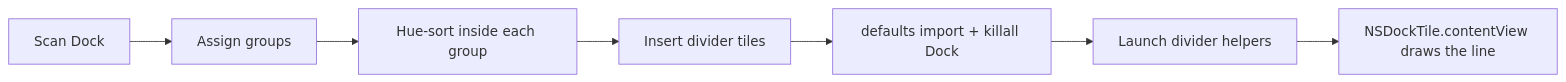
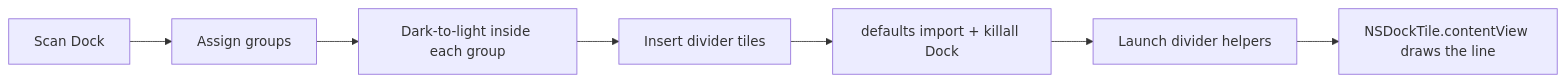
Before and after one commit to next-citizen-llc/chromadock: the diagram in README.md, drawn with Mermaid. The commit also changed other lines of this file and 6 other files, not shown here.

First line of the commit message:
Sort each group dark to light.

````diff
--- a/README.md
+++ b/README.md
@@ -28,9 +28,9 @@
 ```mermaid
 flowchart LR
     A["Scan Dock"] --> B["Assign groups"]
-    B --> C["Hue-sort inside each group"]
+    B --> C["Dark-to-light inside each group"]
     C --> D["Insert divider tiles"]
     D --> E["defaults import + killall Dock"]
     E --> F["Launch divider helpers"]
     F --> G["NSDockTile.contentView draws the line"]
 ```
````
